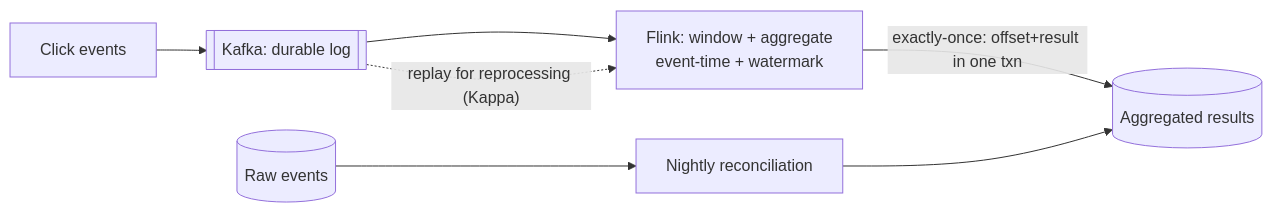
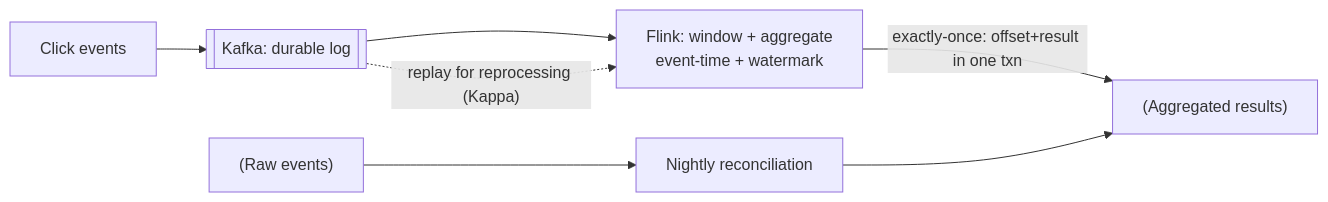
Before and after one commit to pankajThakur1874/studysheet: the third of 3 diagrams in files/System-Design-Questions/14_analytics_event_tracking.md, drawn with Mermaid. The commit also changed other lines of this file and 102 other files, not shown here.

Commit message:
Auto-fix Mermaid diagram syntax across all study guides to prevent Syntax Error in Mermaid v10

````diff
--- a/files/System-Design-Questions/14_analytics_event_tracking.md
+++ b/files/System-Design-Questions/14_analytics_event_tracking.md
@@ -495,8 +495,8 @@
 ```mermaid
 flowchart LR
-    Clicks[Click events] --> K[[Kafka: durable log]]
-    K --> F[Flink: window + aggregate<br/>event-time + watermark]
-    F -->|exactly-once: offset+result in one txn| DB[(Aggregated results)]
+    Clicks[Click events] --> K[["Kafka: durable log"]]
+    K --> F["Flink: window + aggregate<br/>event-time + watermark"]
+    F -->|exactly-once: offset+result in one txn| DB["(Aggregated results)"]
     K -.replay for reprocessing (Kappa).-> F
-    Raw[(Raw events)] --> Recon[Nightly reconciliation] --> DB
+    Raw["(Raw events)"] --> Recon[Nightly reconciliation] --> DB
 ```
````
